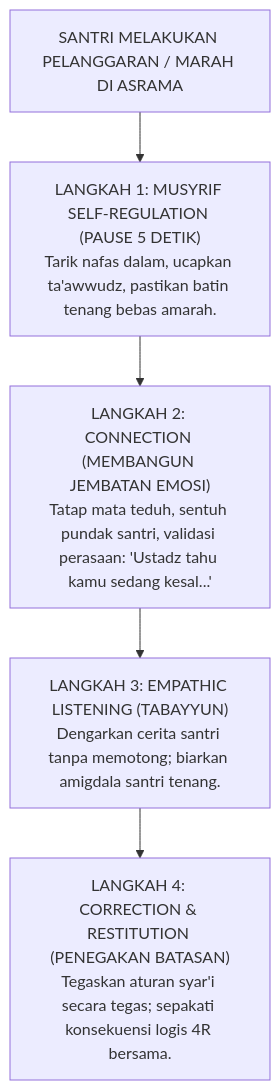
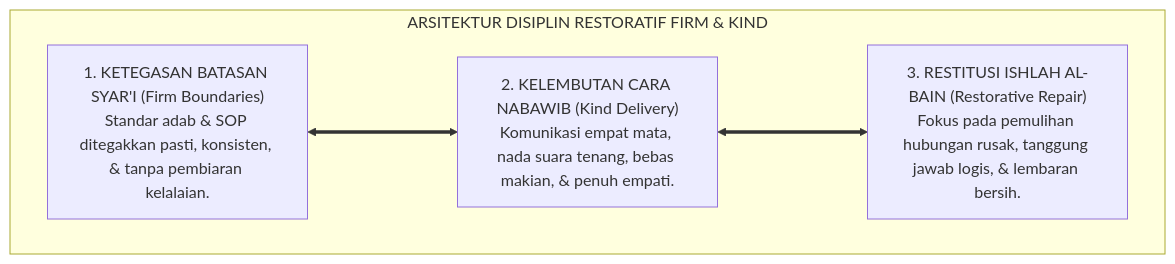
Before and after one commit to wandiapriliyandi/tumbuh: the second of 3 diagrams in 02 Principles/01 Core Principles/P2-01-04-Prinsip-Disiplin-Restoratif-Firm-and-Kind.md, drawn with Mermaid. The commit also changed other lines of this file and 7 other files, not shown here.

````diff
--- a/02 Principles/01 Core Principles/P2-01-04-Prinsip-Disiplin-Restoratif-Firm-and-Kind.md
+++ b/02 Principles/01 Core Principles/P2-01-04-Prinsip-Disiplin-Restoratif-Firm-and-Kind.md
@@ -225,11 +113,13 @@
 ```mermaid
 flowchart TD
-    Krisis["SANTRI MELAKUKAN PELANGGARAN / MARAH DI ASRAMA"]
-    --> Stop["LANGKAH 1: MUSYRIF SELF-REGULATION (PAUSE 5 DETIK)<br/>Tarik nafas dalam, ucapkan ta'awwudz, pastikan batin tenang bebas amarah."]
-    
-    Stop --> Connect["LANGKAH 2: CONNECTION (MEMBANGUN JEMBATAN EMOSI)<br/>Tatap mata teduh, sentuh pundak santri, validasi perasaan: 'Ustadz tahu kamu sedang kesal...'"]
-    
-    Connect --> Listen["LANGKAH 3: EMPATHIC LISTENING (TABAYYUN)<br/>Dengarkan cerita santri tanpa memotong; biarkan amigdala santri tenang."]
-    
-    Listen --> Correct["LANGKAH 4: CORRECTION & RESTITUTION (PENEGAKAN BATASAN)<br/>Tegaskan aturan syar'i secara tegas; sepakati konsekuensi logis 4R bersama."]
+    subgraph ArsitekturFirmKindTUMBUH["ARSITEKTUR DISIPLIN RESTORATIF FIRM & KIND"]
+        
+        FK1_Sayap["1. KETEGASAN BATASAN SYAR'I (Firm Boundaries)<br/>Standar adab & SOP ditegakkan pasti, konsisten, & tanpa pembiaran kelalaian."]
+        
+        FK2_Sayap["2. KELEMBUTAN CARA NABAWIB (Kind Delivery)<br/>Komunikasi empat mata, nada suara tenang, bebas makian, & penuh empati."]
+        
+        FK3_Sayap["3. RESTITUSI ISHLAH AL-BAIN (Restorative Repair)<br/>Fokus pada pemulihan hubungan rusak, tanggung jawab logis, & lembaran bersih."]
+        
+        FK1_Sayap <===> FK2_Sayap <===> FK3_Sayap
+    end
 ```
````
